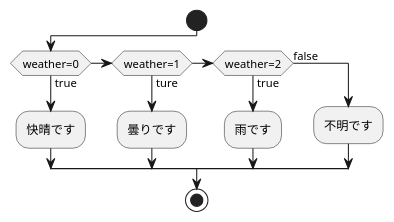
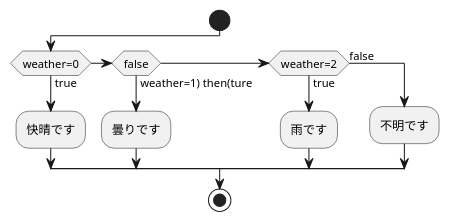
One commit to hyun5535/2021sys-design-1 changed the diagram in kadai4_5.md. Above: the diagram before and after it, drawn with PlantUML.

````diff
--- a/kadai4_5.md
+++ b/kadai4_5.md
@@ -1,15 +1,15 @@
 ```uml
 @startuml
 start
 if (weather=0) then (true)
   :快晴です;
-elseif (weather=1) then(ture)
+elseif (false) then(weather=1) then(ture)
   :曇りです;
 elseif (weather=2) then(true)
   :雨です;
 else (false)
   :不明です;
 endif
 stop
 @enduml
 ```
````
